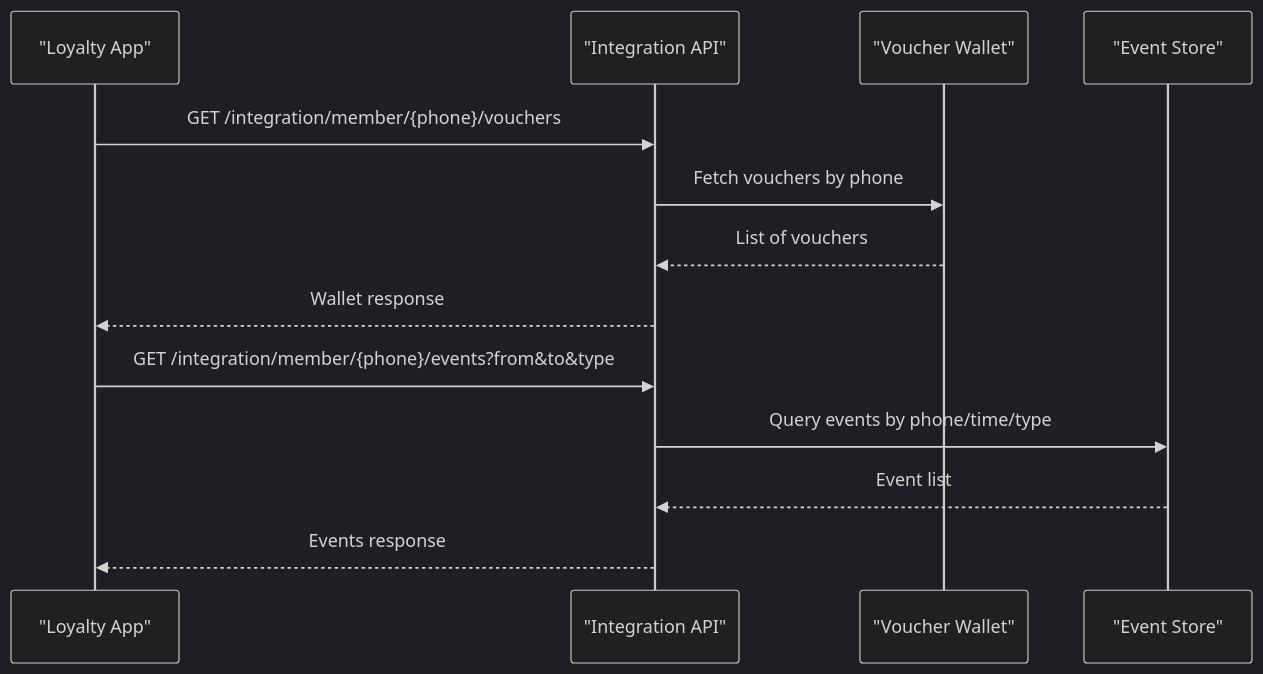
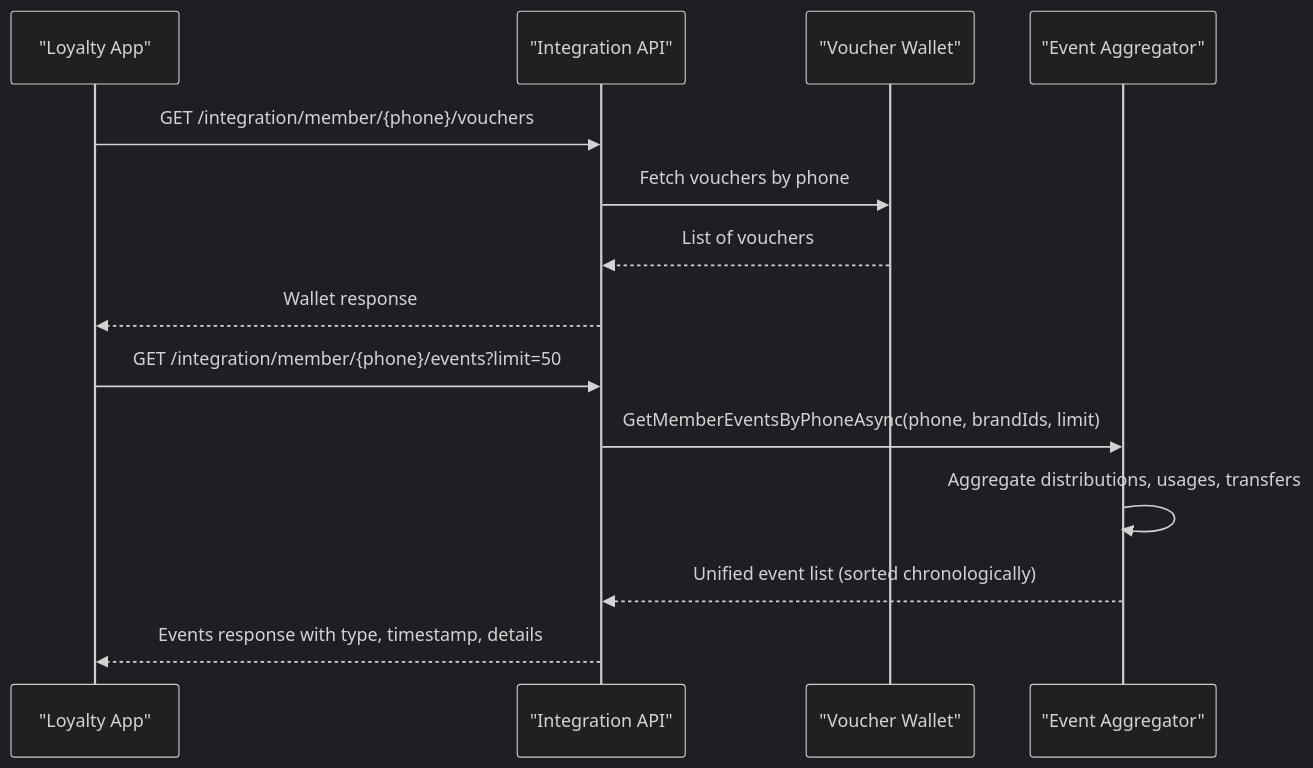
One commit to lamhongbac/NonCash changed the fifth of 8 diagrams in .qoder/repowiki/en/content/API Contracts and Integration/Integration Partner Management.md. Above: the diagram before and after it, drawn with Mermaid (dark theme). The commit also changed other lines of this file and 53 other files, not shown here.

````diff
--- a/.qoder/repowiki/en/content/API Contracts and Integration/Integration Partner Management.md
+++ b/.qoder/repowiki/en/content/API Contracts and Integration/Integration Partner Management.md
@@ -185,15 +228,16 @@
 ```mermaid
 sequenceDiagram
 participant Partner as "Loyalty App"
 participant API as "Integration API"
 participant Wallet as "Voucher Wallet"
-participant Events as "Event Store"
+participant Events as "Event Aggregator"
 Partner->>API : GET /integration/member/{phone}/vouchers
 API->>Wallet : Fetch vouchers by phone
 Wallet-->>API : List of vouchers
 API-->>Partner : Wallet response
-Partner->>API : GET /integration/member/{phone}/events?from&to&type
-API->>Events : Query events by phone/time/type
-Events-->>API : Event list
-API-->>Partner : Events response
+Partner->>API : GET /integration/member/{phone}/events?limit=50
+API->>Events : GetMemberEventsByPhoneAsync(phone, brandIds, limit)
+Events->>Events : Aggregate distributions, usages, transfers
+Events-->>API : Unified event list (sorted chronologically)
+API-->>Partner : Events response with type, timestamp, details
 ```
````
